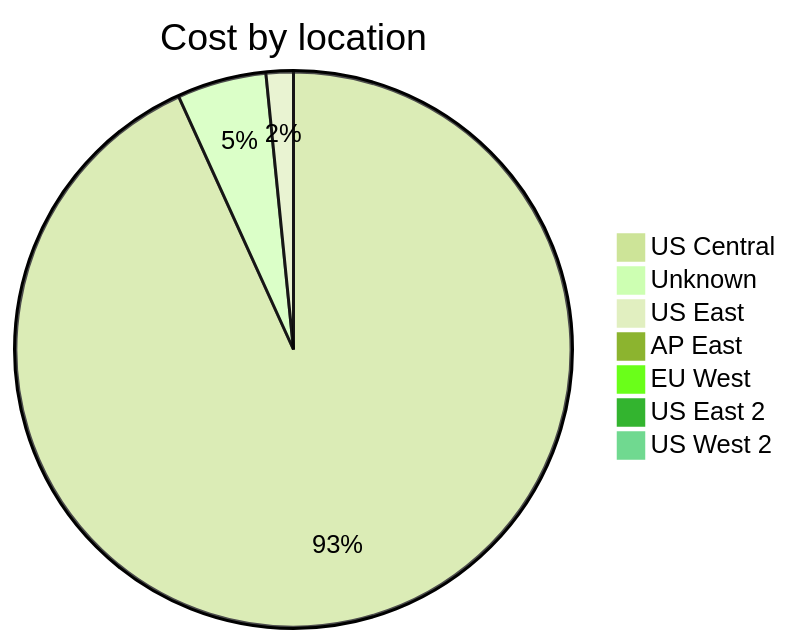
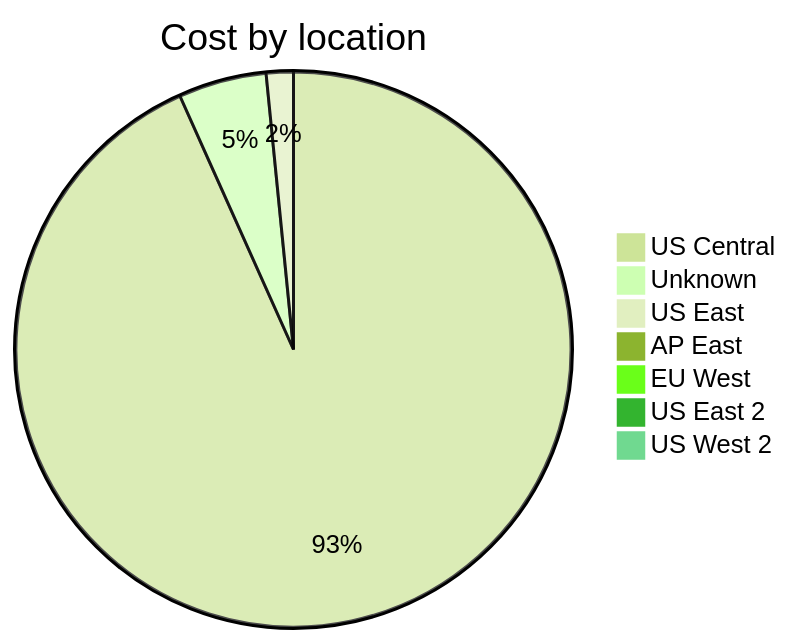
The third of 4 diagrams in cost-reports/accumulated-cost.md (jpfulton/azure-personal-reports), drawn with Mermaid (forest theme) before and after one commit. The commit also changed other lines of this file and 4 other files, not shown here.

````diff
--- a/cost-reports/accumulated-cost.md
+++ b/cost-reports/accumulated-cost.md
@@ -123,11 +123,11 @@
 ```mermaid
 pie
    title Cost by location
-   "US Central" : 6.46
-   "Unknown" : 0.36
-   "US East" : 0.11
+   "US Central" : 7.10
+   "Unknown" : 0.39
+   "US East" : 0.12
    "AP East" : 0.00
    "EU West" : 0.00
    "US East 2" : 0.00
    "US West 2" : 0.00
 ```
````
